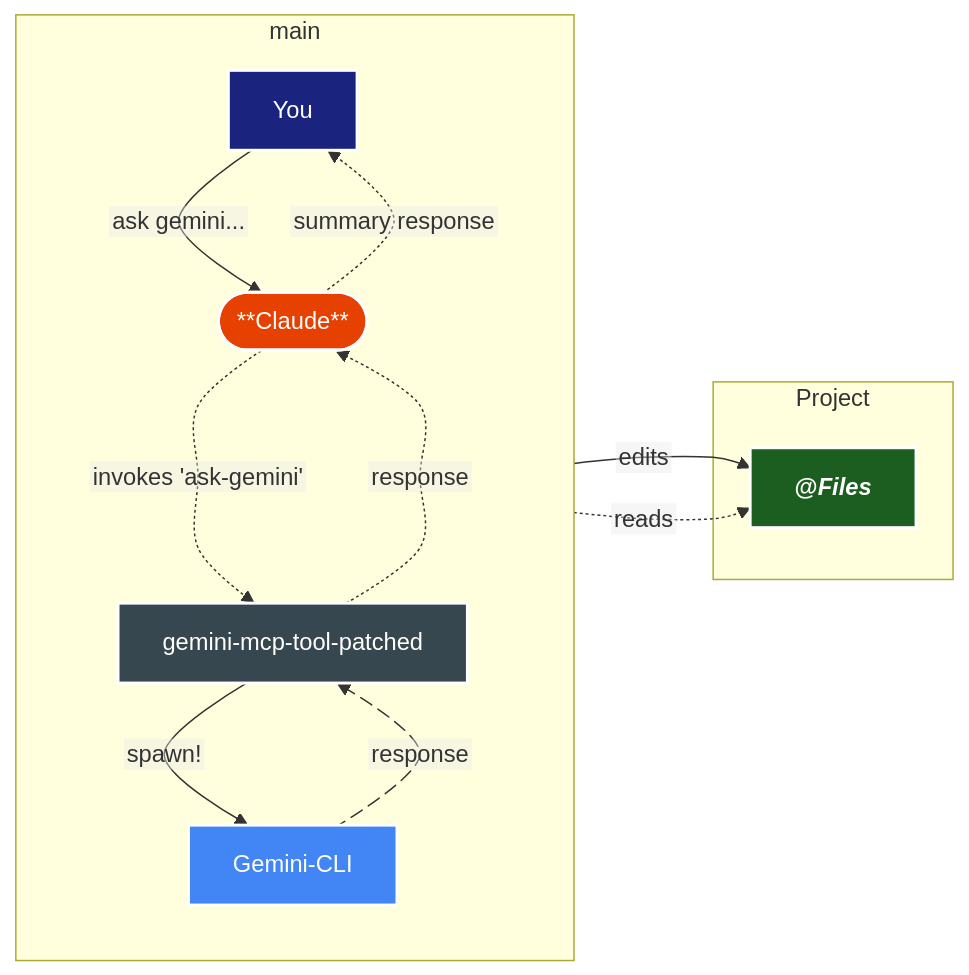
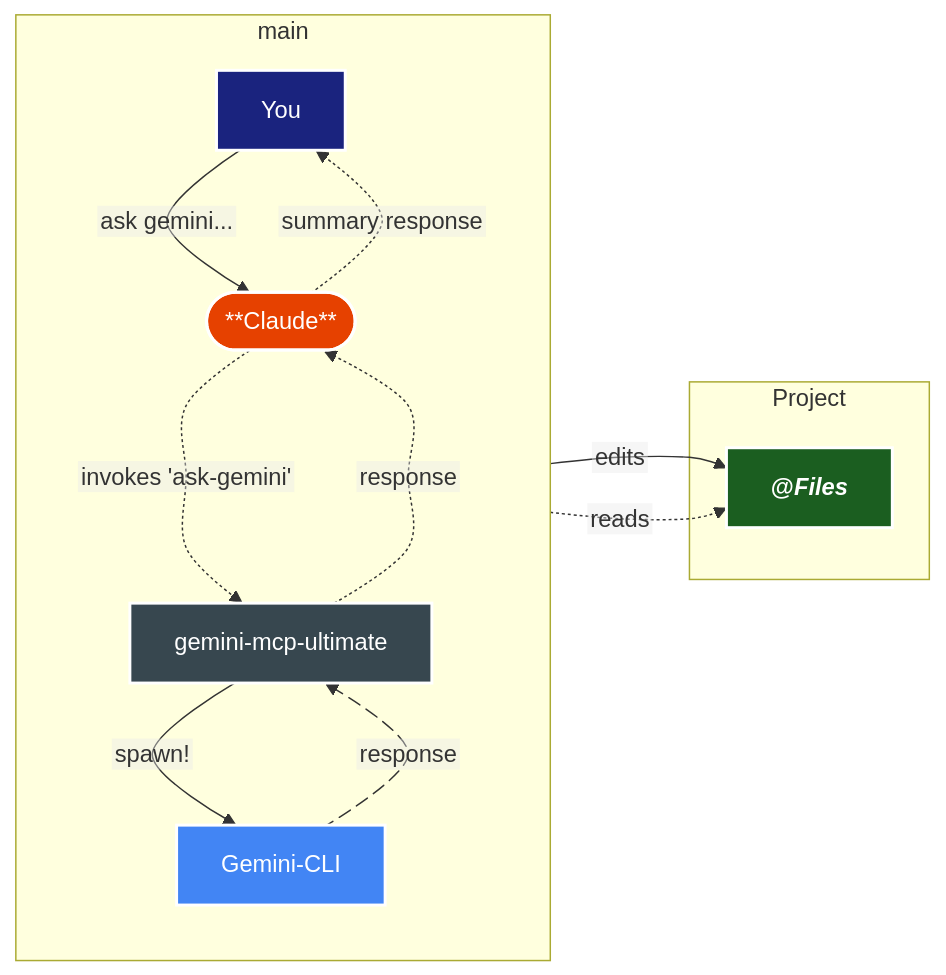
The diagram in docs/concepts/how-it-works.md (GlitterKill/gemini-mcp-ultimate), drawn with Mermaid before and after one commit. The commit also changed other lines of this file and 16 other files, not shown here.

Commit message:
Rename project to gemini-mcp-ultimate

````diff
--- a/docs/concepts/how-it-works.md
+++ b/docs/concepts/how-it-works.md
@@ -19,33 +19,33 @@
 ```mermaid
 ---
 config:
   flowchart:
     htmlLabels: false
     curve: cardinal
 ---
 flowchart LR
     subgraph main
         direction TB
         A[You] --> |"ask gemini..."| B([**Claude**])
-        B -..-> |"invokes 'ask-gemini'"| C["gemini-mcp-tool-patched"]
+        B -..-> |"invokes 'ask-gemini'"| C["gemini-mcp-ultimate"]
         C --> |"spawn!"| D[Gemini-CLI]
         D e1@-.-> |"response"| C
         C -.-> |"response"| B
         B -.-> |"summary response"| A
         e1@{ animate: true }
     end
     subgraph Project
         B --> |"edits"| E["`**@*Files***`"]
         D -.-> |"reads"| E
     end
     classDef userNode fill:#1a237e,stroke:#fff,color:#fff,stroke-width:2px
     classDef claudeNode fill:#e64100,stroke:#fff,color:#fff,stroke-width:2px
     classDef geminiNode fill:#4285f4,stroke:#fff,color:#fff,stroke-width:2px
     classDef mcpNode fill:#37474f,stroke:#fff,color:#fff,stroke-width:2px
     classDef dataNode fill:#1b5e20,stroke:#fff,color:#fff,stroke-width:2px
     class A userNode
     class B claudeNode
     class C mcpNode
     class D geminiNode
     class E dataNode
 ```
````
